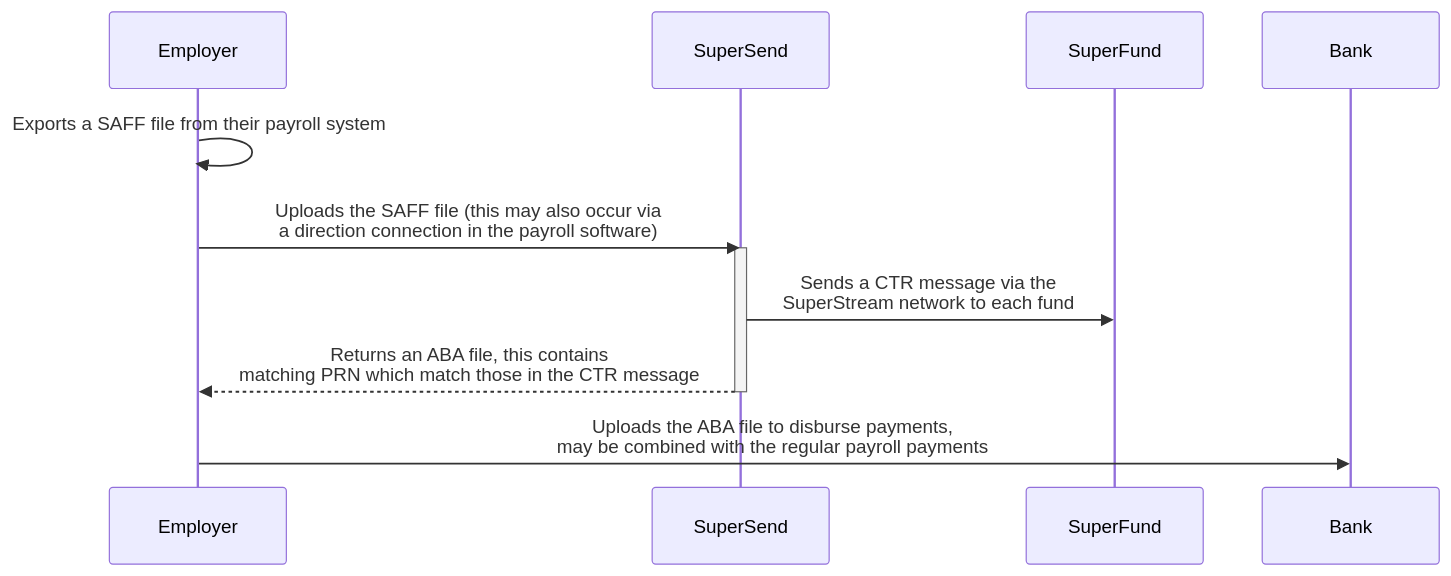
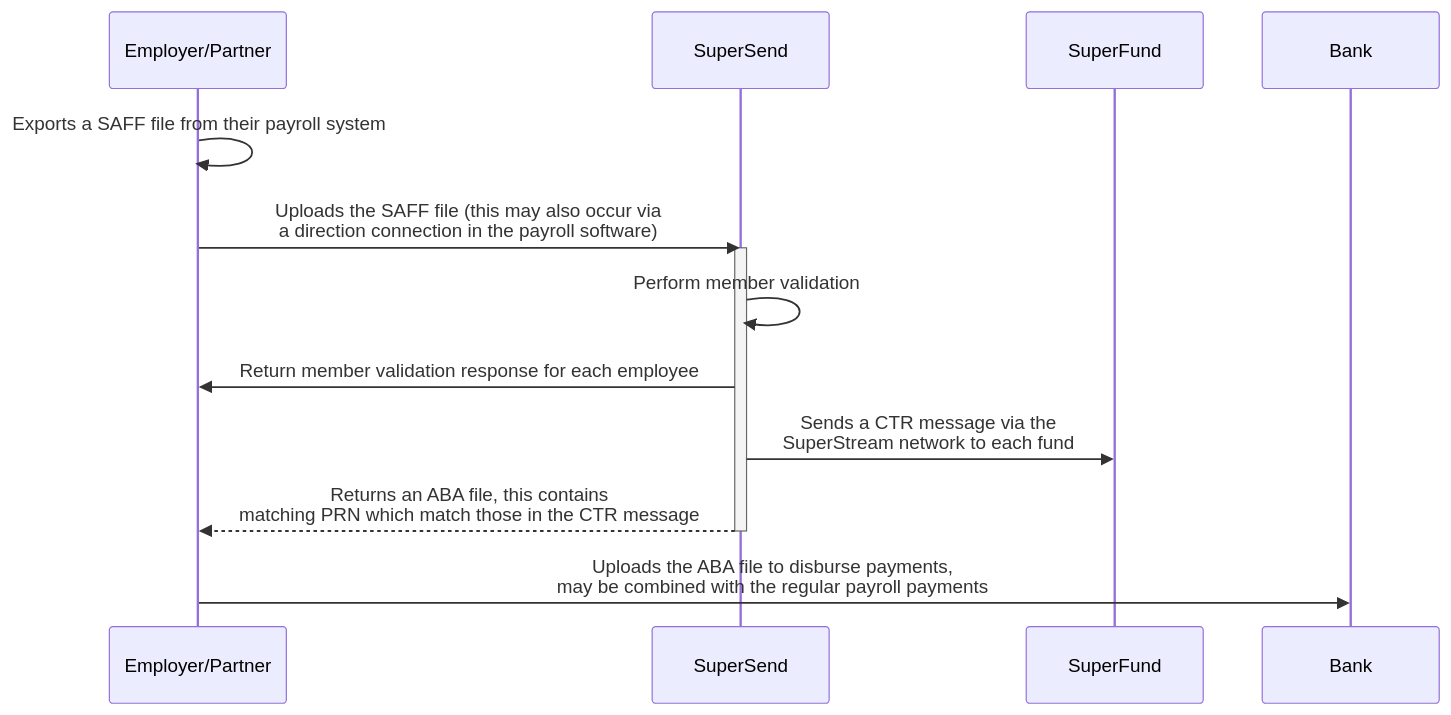
The diagram in website/docs/supersend/explanations/sequence_diagram.md (supersimplesuper/docs), drawn with Mermaid before and after one commit. The commit also changed other lines of this file, not shown here.

````diff
--- a/website/docs/supersend/explanations/sequence_diagram.md
+++ b/website/docs/supersend/explanations/sequence_diagram.md
@@ -9,15 +9,17 @@
 ```mermaid
 sequenceDiagram
-    participant E as Employer
+    participant E as Employer/Partner
     participant SS as SuperSend
     participant SF as SuperFund
     participant B as Bank
 
     E->>E: Exports a SAFF file from their payroll system
     E->>SS: Uploads the SAFF file (this may also occur via<br /> a direction connection in the payroll software)
     activate SS
+    SS->>SS: Perform member validation
+    SS->>E: Return member validation response for each employee
     SS->>SF: Sends a CTR message via the<br/> SuperStream network to each fund
     SS-->>E: Returns an ABA file, this contains<br />matching PRN which match those in the CTR message
     deactivate SS
     E->>B: Uploads the ABA file to disburse payments,<br />may be combined with the regular payroll payments
 ```
````
